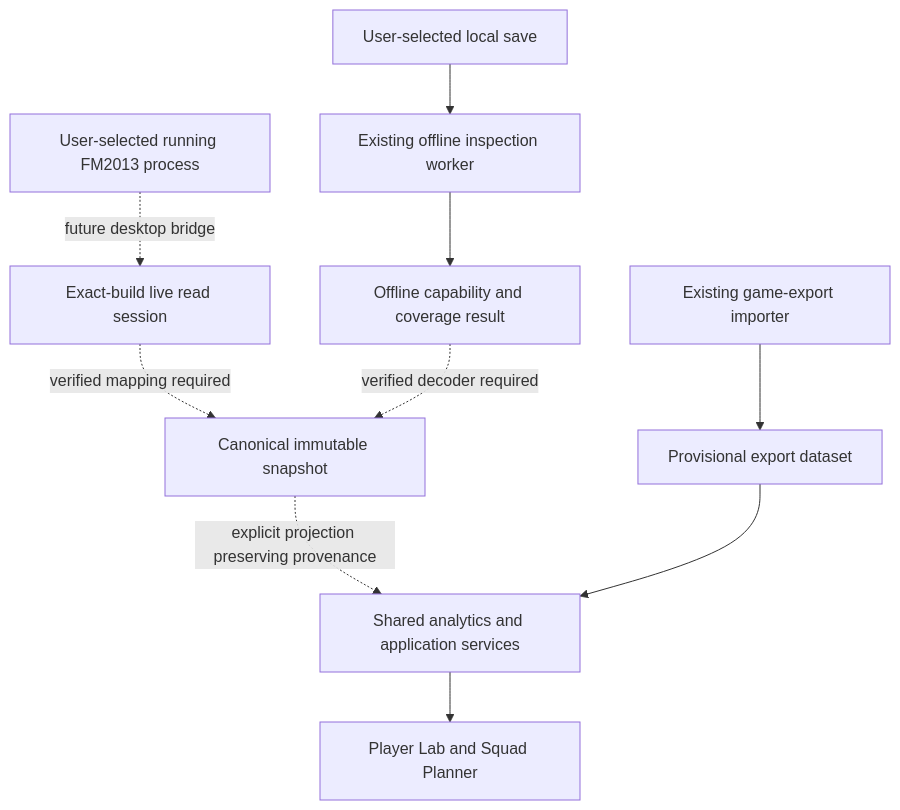
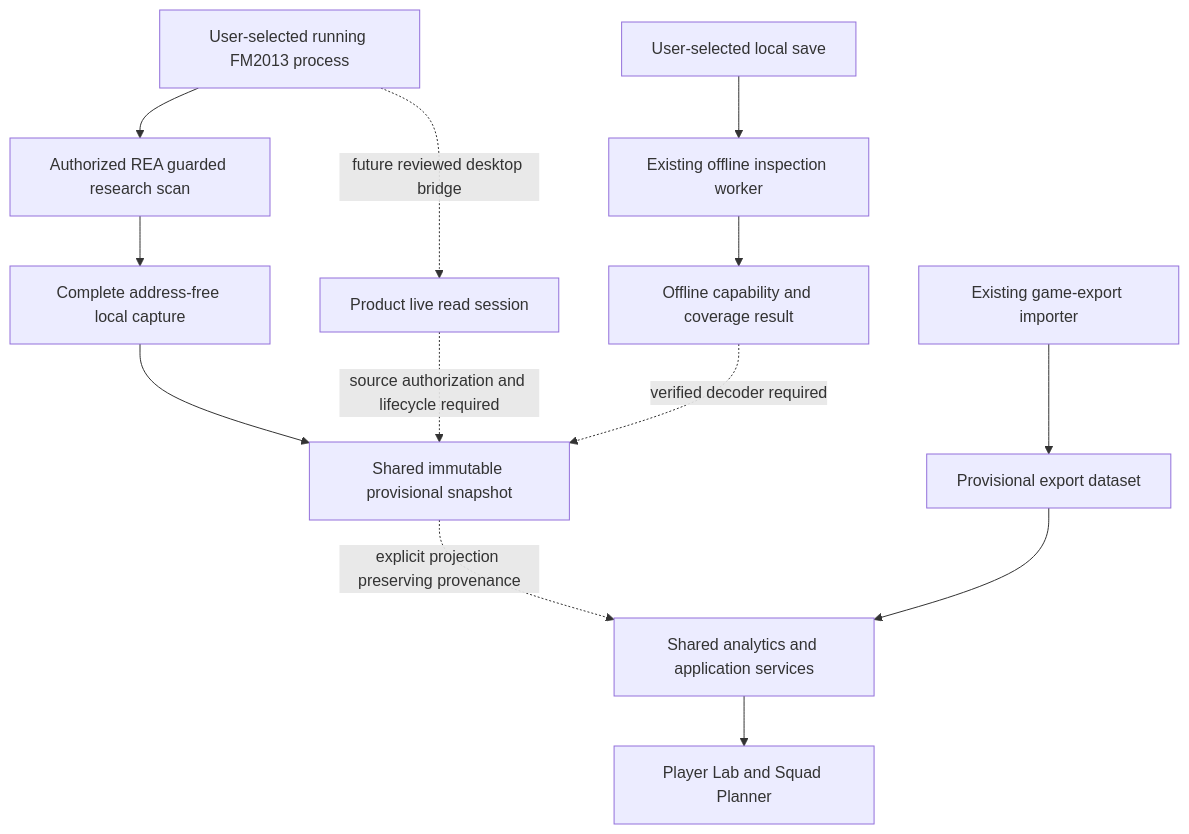
One commit to vitoo16/ManagerHub changed the diagram in docs/research/fmrte/06-managerhub-adapter-design.md. Above: the diagram before and after it, drawn with Mermaid. The commit also changed other lines of this file and 23 other files, not shown here.

Commit message:
research: normalize FM2013 live captures with privacy and provenance

````diff
--- a/docs/research/fmrte/06-managerhub-adapter-design.md
+++ b/docs/research/fmrte/06-managerhub-adapter-design.md
@@ -22,12 +22,15 @@
 ```mermaid
 flowchart TD
   F[User-selected local save] --> O[Existing offline inspection worker]
   O --> OC[Offline capability and coverage result]
-  P[User-selected running FM2013 process] -. future desktop bridge .-> L[Exact-build live read session]
-  L -. verified mapping required .-> N[Canonical immutable snapshot]
+  P[User-selected running FM2013 process] --> R[Authorized REA guarded research scan]
+  R --> W[Complete address-free local capture]
+  W --> N[Shared immutable provisional snapshot]
+  P -. future reviewed desktop bridge .-> L[Product live read session]
+  L -. source authorization and lifecycle required .-> N
   OC -. verified decoder required .-> N
   E[Existing game-export importer] --> EP[Provisional export dataset]
   N -. explicit projection preserving provenance .-> A[Shared analytics and application services]
   EP --> A
   A --> UI[Player Lab and Squad Planner]
 ```
````
